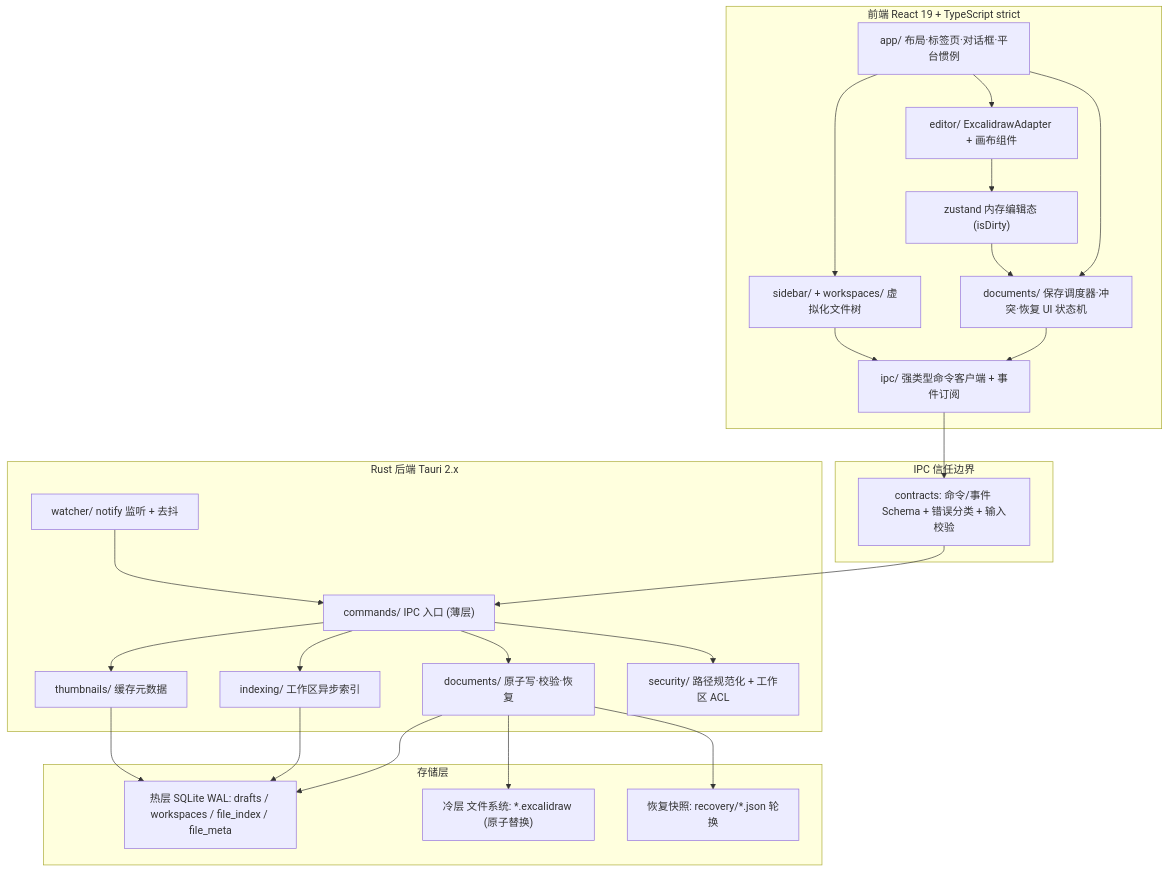
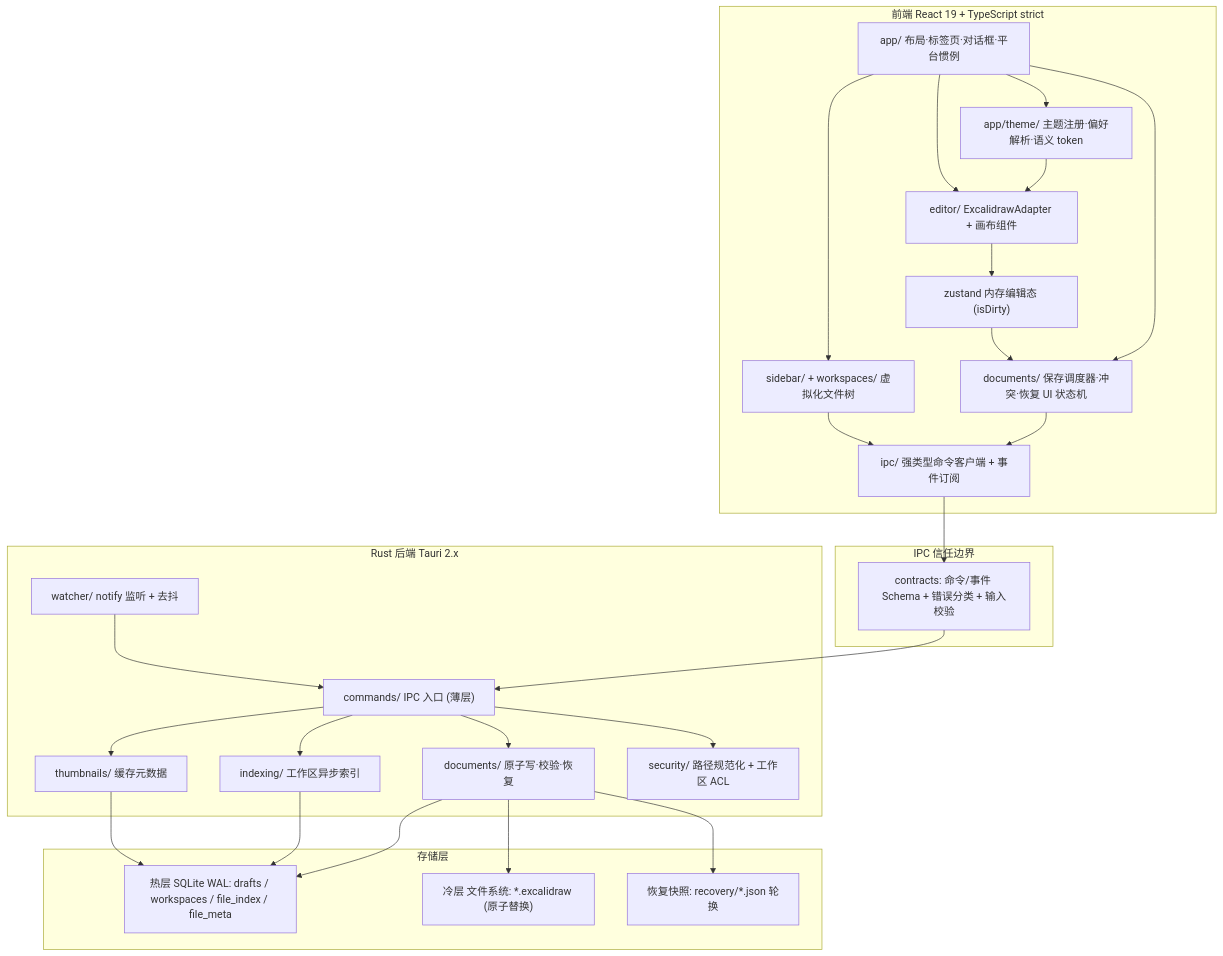
The first of 3 diagrams in specs/001-excalidraw-desktop/plan.md (ignacioli/excalidraw-desktop), drawn with Mermaid before and after one commit. The commit also changed other lines of this file and 6 other files, not shown here.

````diff
--- a/specs/001-excalidraw-desktop/plan.md
+++ b/specs/001-excalidraw-desktop/plan.md
@@ -124,44 +130,47 @@
 ```mermaid
 flowchart TB
     subgraph frontend [前端 React 19 + TypeScript strict]
         UI["app/ 布局·标签页·对话框·平台惯例"]
+        Theme["app/theme/ 主题注册·偏好解析·语义 token"]
         Editor["editor/ ExcalidrawAdapter + 画布组件"]
         Docs["documents/ 保存调度器·冲突·恢复 UI 状态机"]
         Sidebar["sidebar/ + workspaces/ 虚拟化文件树"]
         Store["zustand 内存编辑态 (isDirty)"]
         IpcClient["ipc/ 强类型命令客户端 + 事件订阅"]
     end
     subgraph boundary [IPC 信任边界]
         Contracts["contracts: 命令/事件 Schema + 错误分类 + 输入校验"]
     end
     subgraph backend [Rust 后端 Tauri 2.x]
         Commands["commands/ IPC 入口 (薄层)"]
         DomainDocs["documents/ 原子写·校验·恢复"]
         Indexing["indexing/ 工作区异步索引"]
         Watcher["watcher/ notify 监听 + 去抖"]
         Thumbs["thumbnails/ 缓存元数据"]
         Security["security/ 路径规范化 + 工作区 ACL"]
     end
     subgraph storage [存储层]
         Hot["热层 SQLite WAL: drafts / workspaces / file_index / file_meta"]
         Cold["冷层 文件系统: *.excalidraw (原子替换)"]
         Recovery["恢复快照: recovery/*.json 轮换"]
     end
+    UI --> Theme
+    Theme --> Editor
     UI --> Editor --> Store
     UI --> Docs
     UI --> Sidebar
     Docs --> IpcClient
     Sidebar --> IpcClient
     Store --> Docs
     IpcClient --> Contracts --> Commands
     Commands --> Security
     Commands --> DomainDocs
     Commands --> Indexing
     Commands --> Thumbs
     Watcher --> Commands
     DomainDocs --> Hot
     DomainDocs --> Cold
     DomainDocs --> Recovery
     Indexing --> Hot
     Thumbs --> Hot
 ```
````
